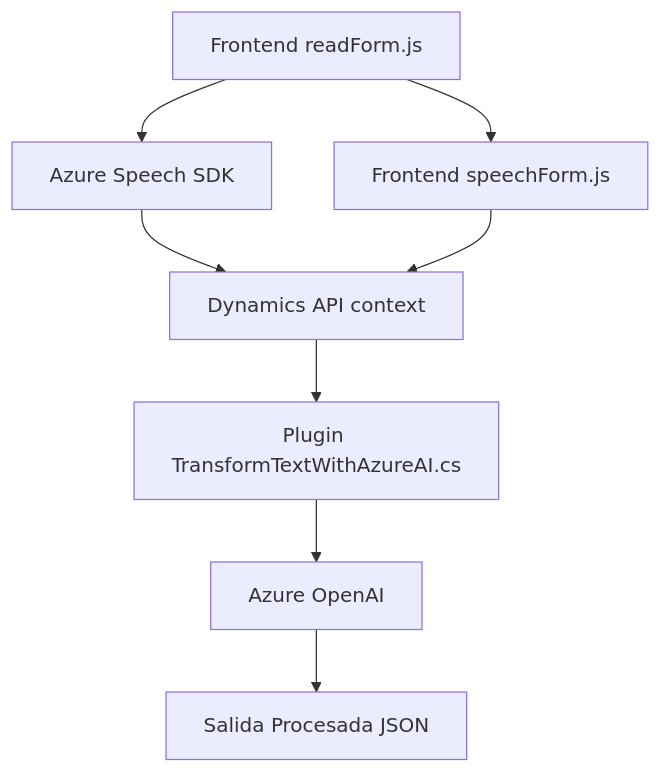
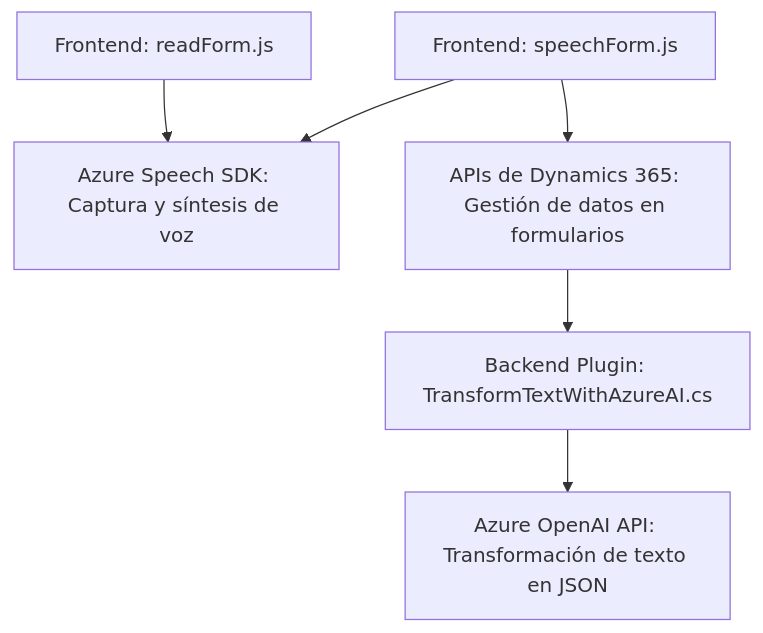
One commit to blopezdm/NETCORE_BILBAO2025 changed the diagram in README.md. Above: the diagram before and after it, drawn with Mermaid. The commit also changed other lines of this file, not shown here.

````diff
--- a/README.md
+++ b/README.md
@@ -40,11 +44,8 @@
 ```mermaid
 graph TD
-    A["Frontend readForm.js"] --> B["Azure Speech SDK"]
-    A --> C["Frontend speechForm.js"]
-    B --> D["Dynamics API context"]
-    C --> D
-    D --> E["Plugin TransformTextWithAzureAI.cs"]
-    E --> F["Azure OpenAI"]
-    F --> G["Salida Procesada JSON"]
-
+    A[Frontend: readForm.js] --> B[Azure Speech SDK: Captura y síntesis de voz]
+    C[Frontend: speechForm.js] --> B
+    C --> D[APIs de Dynamics 365: Gestión de datos en formularios]
+    D --> E[Backend Plugin: TransformTextWithAzureAI.cs]
+    E --> F[Azure OpenAI API: Transformación de texto en JSON]
 ```
````
